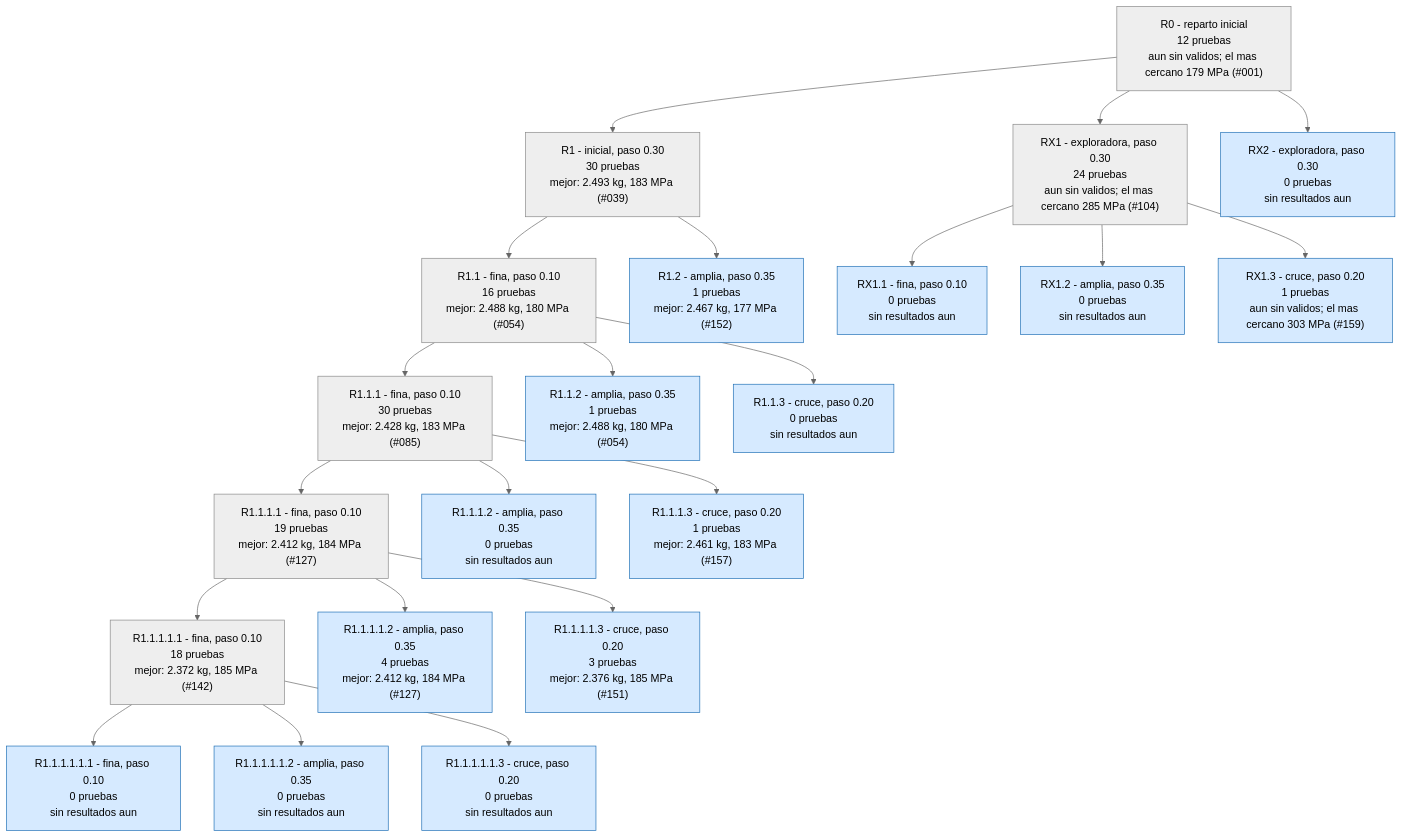
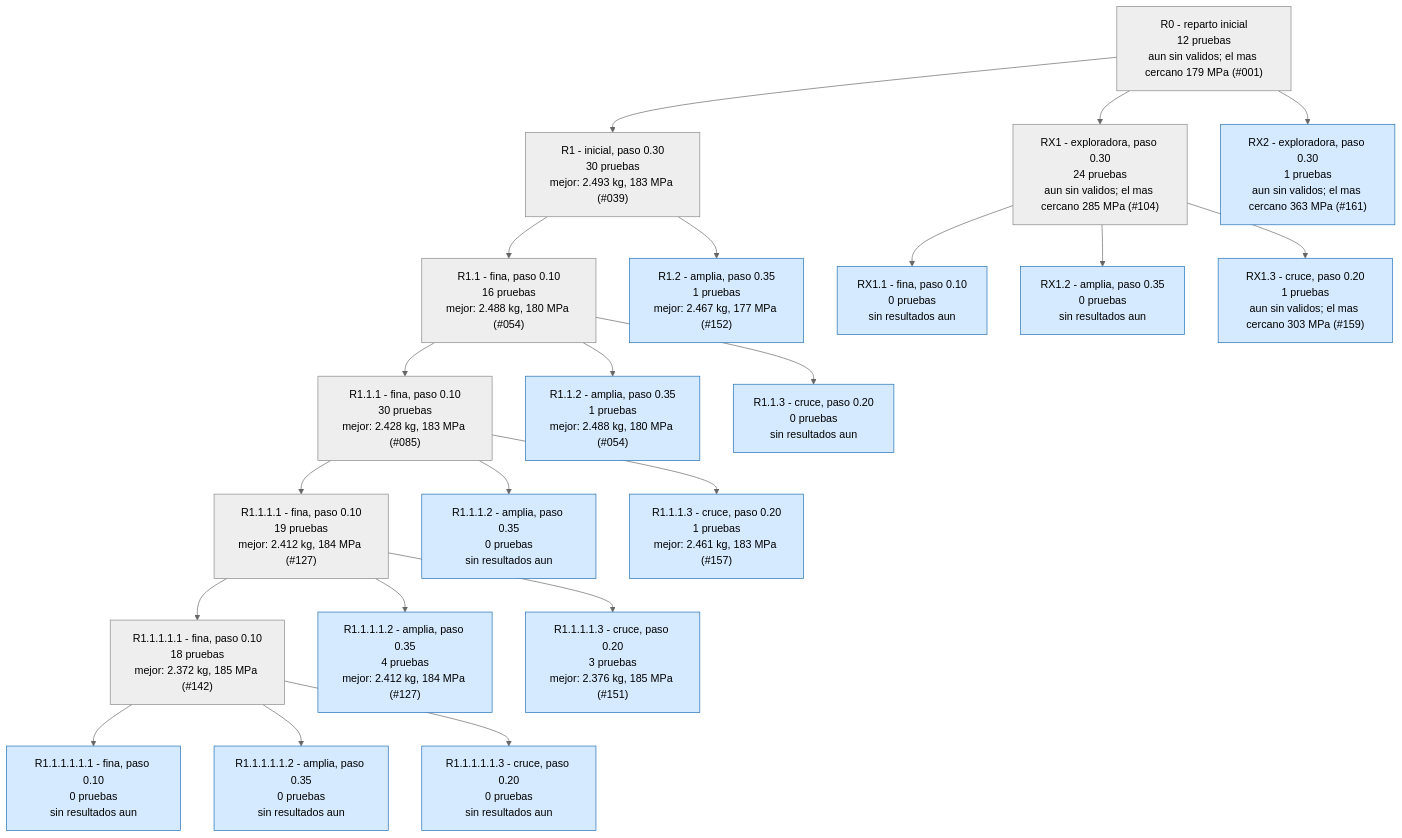
Before and after one commit to Hugiko/msd-soporte-optimizacion: the first of 3 diagrams in runs/opt_37800N/ARBOL.md, drawn with Mermaid (neutral theme). The commit also changed 21 other files, not shown here.

````diff
--- a/runs/opt_37800N/ARBOL.md
+++ b/runs/opt_37800N/ARBOL.md
@@ -9,47 +9,47 @@
 ```mermaid
 graph TD
 classDef activa fill:#d6eaff,stroke:#1f6fb5,color:#000
 classDef fin fill:#eeeeee,stroke:#888,color:#000
 classDef mejor fill:#c8f0c0,stroke:#1a9850,stroke-width:4px,color:#000
 R0["R0 - reparto inicial<br/>12 pruebas<br/>aun sin validos; el mas cercano 179 MPa (#001)"]:::fin
 R1["R1 - inicial, paso 0.30<br/>30 pruebas<br/>mejor: 2.493 kg, 183 MPa (#039)"]:::fin
 R0 --> R1
 R1_1["R1.1 - fina, paso 0.10<br/>16 pruebas<br/>mejor: 2.488 kg, 180 MPa (#054)"]:::fin
 R1 --> R1_1
 R1_2["R1.2 - amplia, paso 0.35<br/>1 pruebas<br/>mejor: 2.467 kg, 177 MPa (#152)"]:::activa
 R1 --> R1_2
 R1_1_1["R1.1.1 - fina, paso 0.10<br/>30 pruebas<br/>mejor: 2.428 kg, 183 MPa (#085)"]:::fin
 R1_1 --> R1_1_1
 R1_1_2["R1.1.2 - amplia, paso 0.35<br/>1 pruebas<br/>mejor: 2.488 kg, 180 MPa (#054)"]:::activa
 R1_1 --> R1_1_2
 R1_1_3["R1.1.3 - cruce, paso 0.20<br/>0 pruebas<br/>sin resultados aun"]:::activa
 R1_1 --> R1_1_3
 R1_1_1_1["R1.1.1.1 - fina, paso 0.10<br/>19 pruebas<br/>mejor: 2.412 kg, 184 MPa (#127)"]:::fin
 R1_1_1 --> R1_1_1_1
 R1_1_1_2["R1.1.1.2 - amplia, paso 0.35<br/>0 pruebas<br/>sin resultados aun"]:::activa
 R1_1_1 --> R1_1_1_2
 R1_1_1_3["R1.1.1.3 - cruce, paso 0.20<br/>1 pruebas<br/>mejor: 2.461 kg, 183 MPa (#157)"]:::activa
 R1_1_1 --> R1_1_1_3
 RX1["RX1 - exploradora, paso 0.30<br/>24 pruebas<br/>aun sin validos; el mas cercano 285 MPa (#104)"]:::fin
 R0 --> RX1
 RX1_1["RX1.1 - fina, paso 0.10<br/>0 pruebas<br/>sin resultados aun"]:::activa
 RX1 --> RX1_1
 RX1_2["RX1.2 - amplia, paso 0.35<br/>0 pruebas<br/>sin resultados aun"]:::activa
 RX1 --> RX1_2
 RX1_3["RX1.3 - cruce, paso 0.20<br/>1 pruebas<br/>aun sin validos; el mas cercano 303 MPa (#159)"]:::activa
 RX1 --> RX1_3
 R1_1_1_1_1["R1.1.1.1.1 - fina, paso 0.10<br/>18 pruebas<br/>mejor: 2.372 kg, 185 MPa (#142)"]:::fin
 R1_1_1_1 --> R1_1_1_1_1
 R1_1_1_1_2["R1.1.1.1.2 - amplia, paso 0.35<br/>4 pruebas<br/>mejor: 2.412 kg, 184 MPa (#127)"]:::activa
 R1_1_1_1 --> R1_1_1_1_2
 R1_1_1_1_3["R1.1.1.1.3 - cruce, paso 0.20<br/>3 pruebas<br/>mejor: 2.376 kg, 185 MPa (#151)"]:::activa
 R1_1_1_1 --> R1_1_1_1_3
 R1_1_1_1_1_1["R1.1.1.1.1.1 - fina, paso 0.10<br/>0 pruebas<br/>sin resultados aun"]:::activa
 R1_1_1_1_1 --> R1_1_1_1_1_1
 R1_1_1_1_1_2["R1.1.1.1.1.2 - amplia, paso 0.35<br/>0 pruebas<br/>sin resultados aun"]:::activa
 R1_1_1_1_1 --> R1_1_1_1_1_2
 R1_1_1_1_1_3["R1.1.1.1.1.3 - cruce, paso 0.20<br/>0 pruebas<br/>sin resultados aun"]:::activa
 R1_1_1_1_1 --> R1_1_1_1_1_3
-RX2["RX2 - exploradora, paso 0.30<br/>0 pruebas<br/>sin resultados aun"]:::activa
+RX2["RX2 - exploradora, paso 0.30<br/>1 pruebas<br/>aun sin validos; el mas cercano 363 MPa (#161)"]:::activa
 R0 --> RX2
 ```
````
